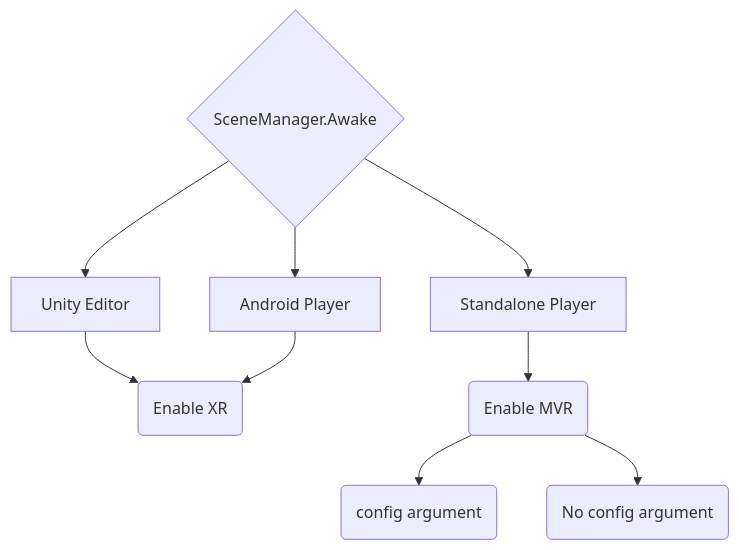
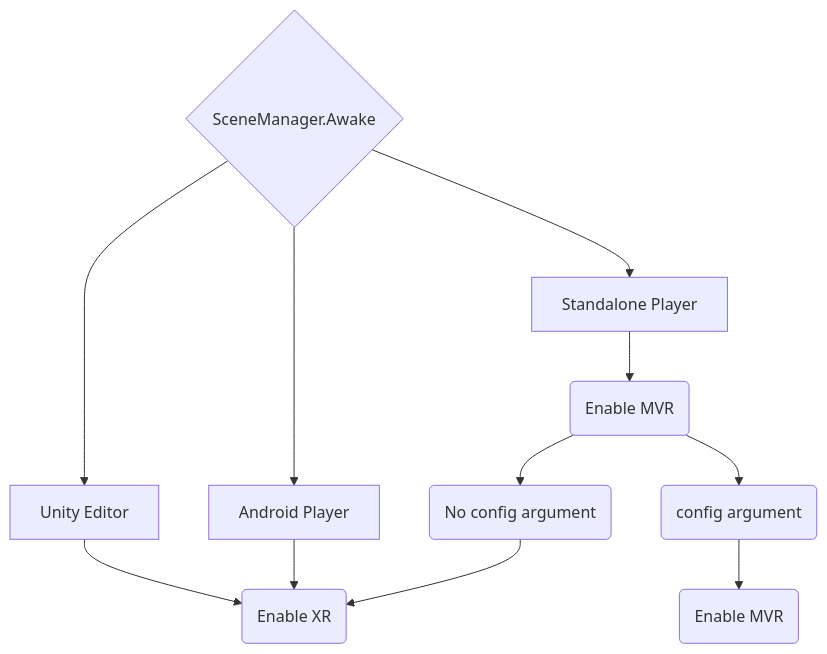
Before and after one commit to brown-ccv/w3d-translator: the diagram in docs/Writing3D.md, drawn with Mermaid.

````diff
--- a/docs/Writing3D.md
+++ b/docs/Writing3D.md
@@ -37,13 +37,15 @@
 ```mermaid
 graph TD;
     awake{SceneManager.Awake}-->unityEditor[Unity Editor]
     awake{SceneManager.Awake}-->standalonePlayer[Standalone Player]
     awake{SceneManager.Awake}-->androidPlayer[Android Player]
     unityEditor[Unity Editor]-->xr(Enable XR)
     androidPlayer[Android Player]-->xr(Enable XR)
 
     standalonePlayer[Standalone Player]-->mvr(Enable MVR)
     mvr(Enable MVR)-->config(config argument)
     mvr(Enable MVR)-->noconfig(No config argument)
+    config(config argument)-->mvr2(Enable MVR)
+    noconfig(No config argument)-->xr(Enable XR)
 
 ```
````
